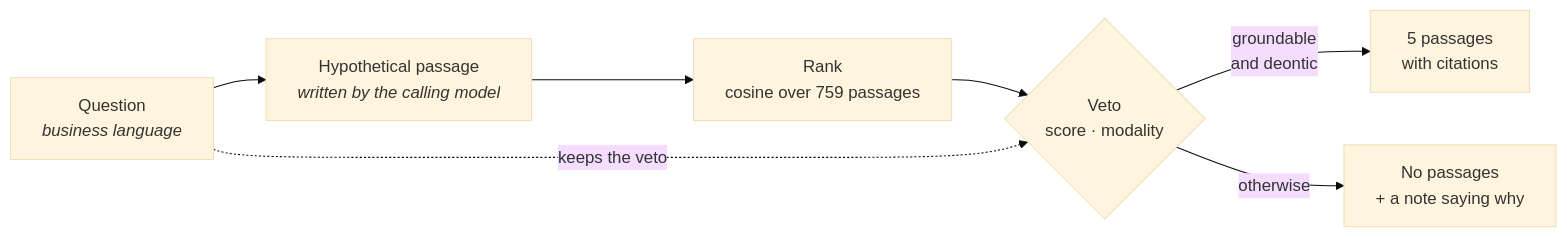
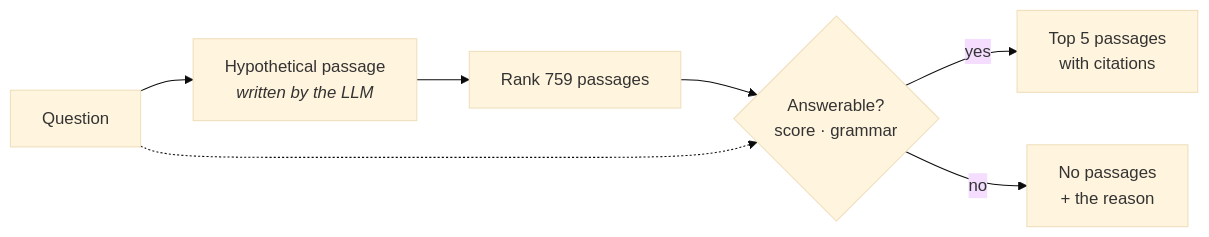
One commit to AntonioAlbaladejo/credit-risk-engine changed the second of 2 diagrams in README.md. Above: the diagram before and after it, drawn with Mermaid (base theme). The commit also changed other lines of this file, not shown here.

````diff
--- a/README.md
+++ b/README.md
@@ -332,14 +357,7 @@
 ```mermaid
 flowchart LR
-    q["Question<br/><i>business language</i>"]
-    hp["Hypothetical passage<br/><i>written by the calling model</i>"]
-    rank["Rank<br/>cosine over 759 passages"]
-    veto{"Veto<br/>score · modality"}
-    ans["5 passages<br/>with citations"]
-    quiet["No passages<br/>+ a note saying why"]
-
-    q --> hp --> rank --> veto
-    q -.->|"keeps the veto"| veto
-    veto -->|"groundable<br/>and deontic"| ans
-    veto -->|"otherwise"| quiet
+    q["Question"] --> hp["Hypothetical passage<br/><i>written by the LLM</i>"] --> rank["Rank 759 passages"] --> veto{"Answerable?<br/>score · grammar"}
+    q -.-> veto
+    veto -->|yes| ans["Top 5 passages<br/>with citations"]
+    veto -->|no| quiet["No passages<br/>+ the reason"]
 ```
````
